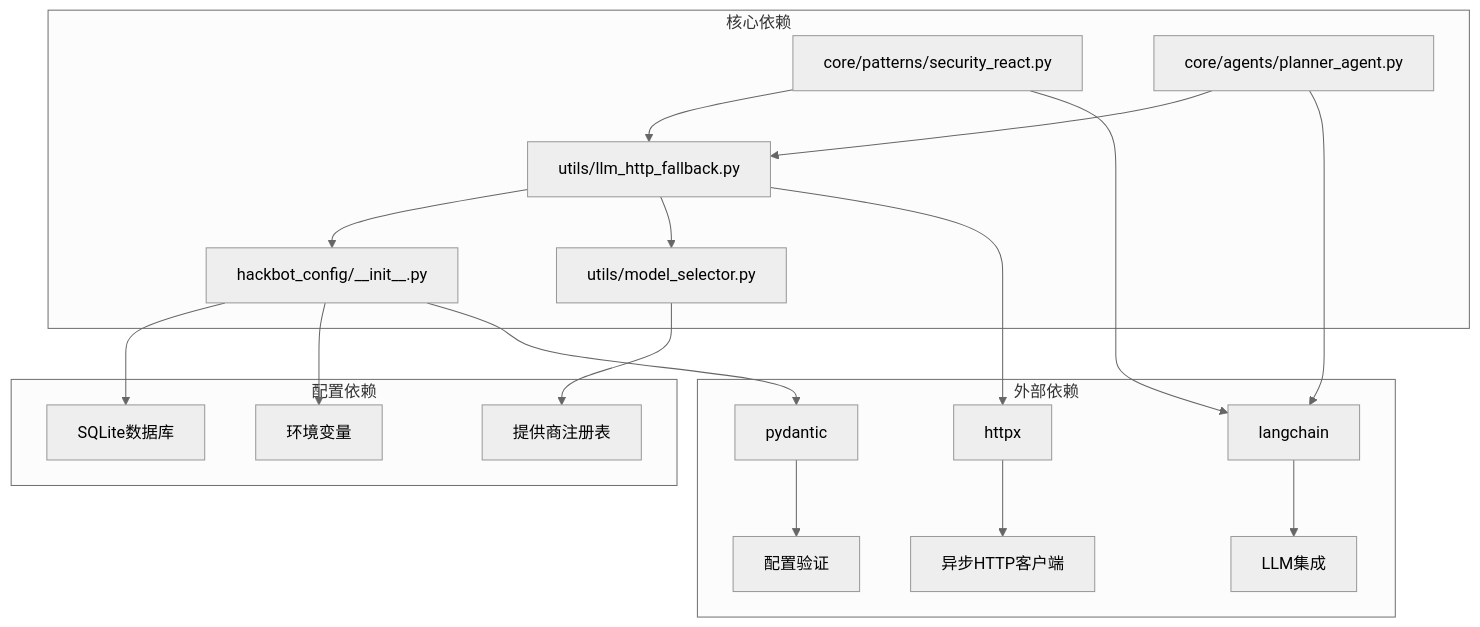
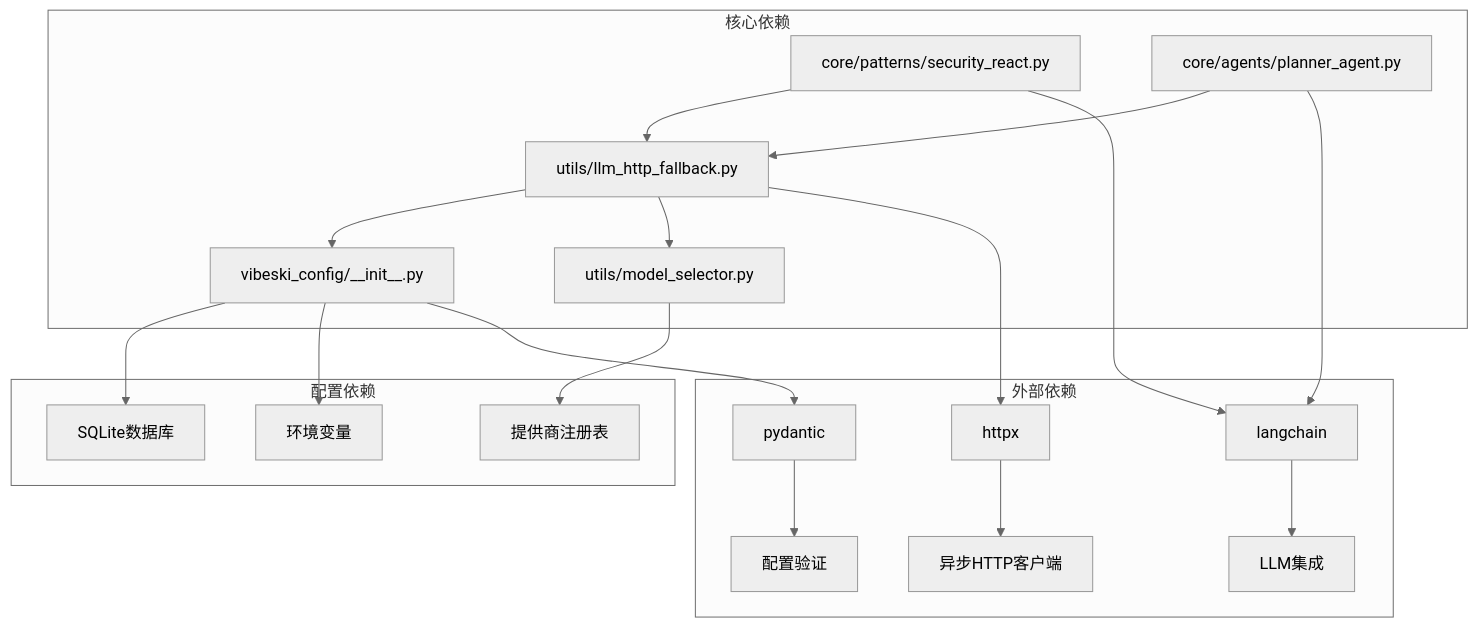
One commit to crabin/VIBESKI changed the sixth of 6 diagrams in .qoder/repowiki/zh/content/LLM HTTP回退机制.md. Above: the diagram before and after it, drawn with Mermaid (neutral theme). The commit also changed other lines of this file and 170 other files, not shown here.

Commit message:
chore: rename all secbot/hackbot identifiers to vibeski

````diff
--- a/.qoder/repowiki/zh/content/LLM HTTP回退机制.md
+++ b/.qoder/repowiki/zh/content/LLM HTTP回退机制.md
@@ -340,23 +340,23 @@
 ```mermaid
 graph TB
 subgraph "核心依赖"
-A[utils/llm_http_fallback.py] --> B[hackbot_config/__init__.py]
+A[utils/llm_http_fallback.py] --> B[vibeski_config/__init__.py]
 A --> C[utils/model_selector.py]
 D[core/patterns/security_react.py] --> A
 E[core/agents/planner_agent.py] --> A
 end
 subgraph "外部依赖"
 F[httpx] --> G[异步HTTP客户端]
 H[langchain] --> I[LLM集成]
 J[pydantic] --> K[配置验证]
 end
 subgraph "配置依赖"
 B --> L[SQLite数据库]
 B --> M[环境变量]
 C --> N[提供商注册表]
 end
 A --> F
 D --> H
 E --> H
 B --> J
 ```
````
